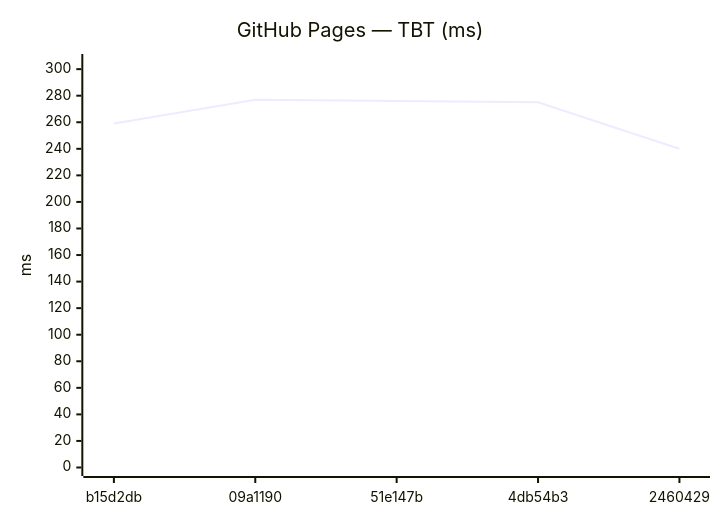
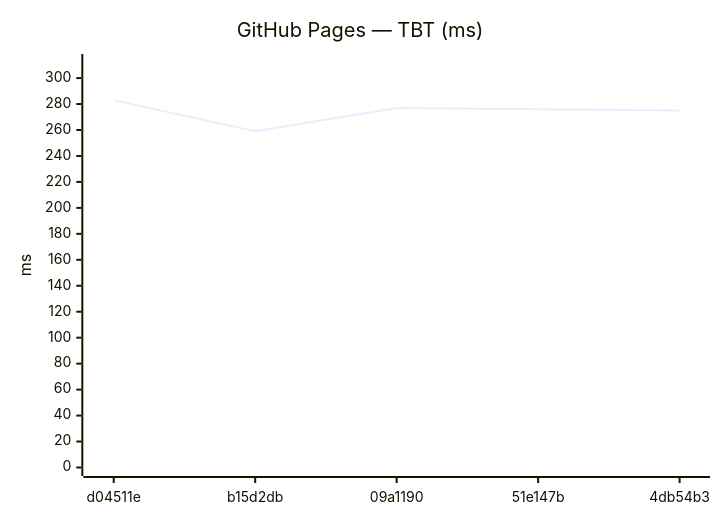
The tenth of 18 diagrams in benchmarks/compare.md (Metaheurist/Rianell), drawn with Mermaid before and after one commit. The commit also changed other lines of this file and 11 other files, not shown here.

````diff
--- a/benchmarks/compare.md
+++ b/benchmarks/compare.md
@@ -149,7 +149,7 @@
 ```mermaid
 xychart-beta
     title "GitHub Pages — TBT (ms)"
-    x-axis ["b15d2db", "09a1190", "51e147b", "4db54b3", "2460429"]
-    y-axis "ms" 0 --> 305
-    line [259, 277, 276, 275, 240]
+    x-axis ["d04511e", "b15d2db", "09a1190", "51e147b", "4db54b3"]
+    y-axis "ms" 0 --> 312
+    line [283, 259, 277, 276, 275]
 ```
````
